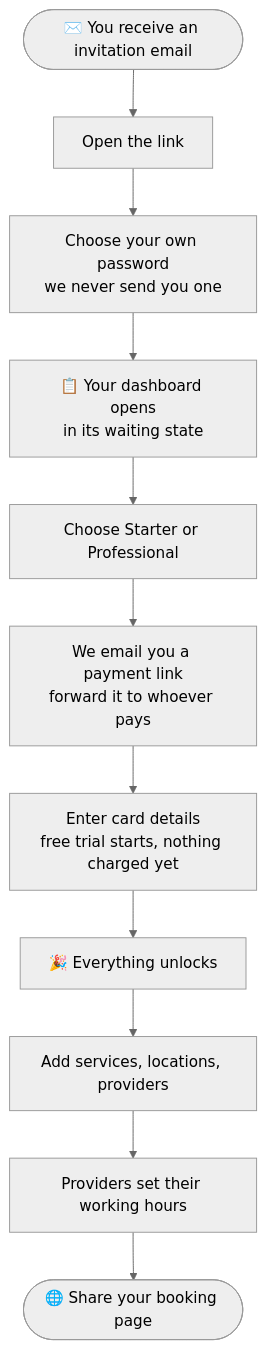
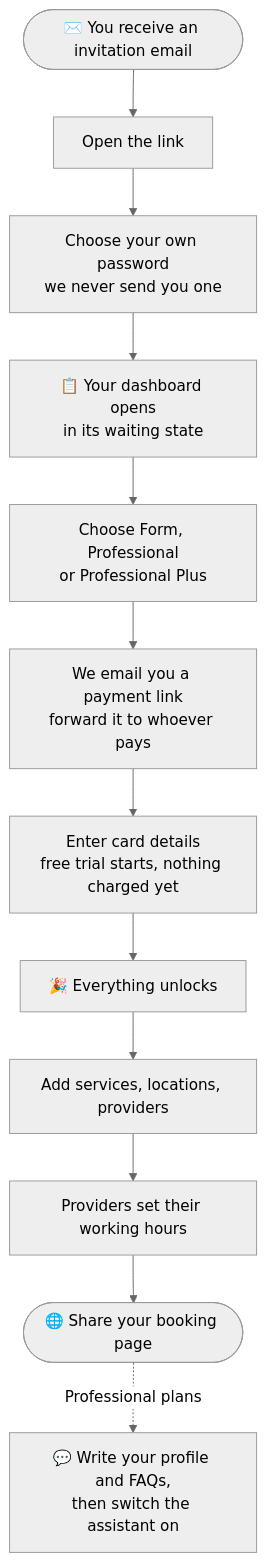
Before and after one commit to hbela/booking-and-more: the second of 5 diagrams in docs/user-guide.md, drawn with Mermaid (neutral theme). The commit also changed other lines of this file and 27 other files, not shown here.

````diff
--- a/docs/user-guide.md
+++ b/docs/user-guide.md
@@ -49,13 +55,14 @@
 ```mermaid
 flowchart TD
     Invite([✉️ You receive an invitation email]) --> Open[Open the link]
     Open --> Register[Choose your own password<br/>we never send you one]
     Register --> Pending[📋 Your dashboard opens<br/>in its waiting state]
-    Pending --> Plan[Choose Starter or Professional]
+    Pending --> Plan[Choose Form, Professional<br/>or Professional Plus]
     Plan --> Link[We email you a payment link<br/>forward it to whoever pays]
     Link --> Card[Enter card details<br/>free trial starts, nothing charged yet]
     Card --> Active[🎉 Everything unlocks]
     Active --> Build[Add services, locations, providers]
     Build --> Hours[Providers set their working hours]
     Hours --> Live([🌐 Share your booking page])
+    Live -.Professional plans.-> AI[💬 Write your profile and FAQs,<br/>then switch the assistant on]
 ```
````
